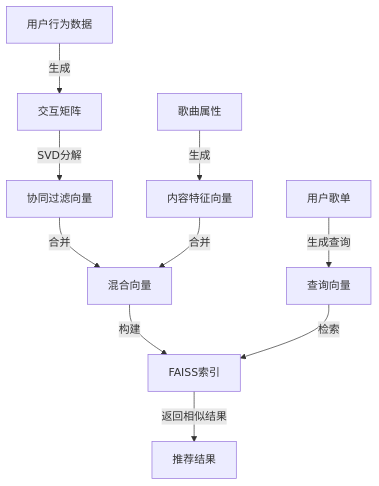
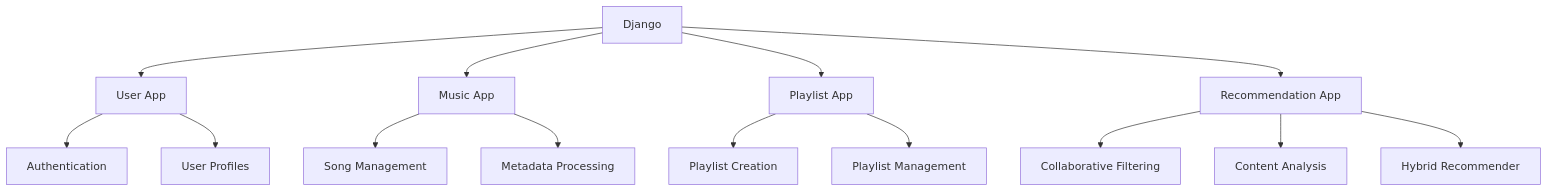
One commit to SOV710/RhythmFusion changed the fourth of 10 diagrams in docs/architecture.md. Above: the diagram before and after it, drawn with Mermaid. The commit also changed other lines of this file and 5 other files, not shown here.

````diff
--- a/docs/architecture.md
+++ b/docs/architecture.md
@@ -79,12 +114,20 @@
 ```mermaid
 graph TD
-    UserLikes[用户行为数据] -->|生成| InteractionMatrix[交互矩阵]
-    InteractionMatrix -->|SVD分解| CF[协同过滤向量]
-    SongAttributes[歌曲属性] -->|生成| Content[内容特征向量]
-    CF -->|合并| Hybrid[混合向量]
-    Content -->|合并| Hybrid
-    Hybrid -->|构建| FaissIndex[FAISS索引]
-    UserPlaylist[用户歌单] -->|生成查询| QueryVector[查询向量]
-    QueryVector -->|检索| FaissIndex
-    FaissIndex -->|返回相似结果| RecommendResults[推荐结果]
+    Django --> User[User App]
+    Django --> Music[Music App]
+    Django --> Playlist[Playlist App]
+    Django --> Recommender[Recommendation App]
+  
+    User --> Auth[Authentication]
+    User --> Profiles[User Profiles]
+  
+    Music --> Songs[Song Management]
+    Music --> Metadata[Metadata Processing]
+  
+    Playlist --> Creator[Playlist Creation]
+    Playlist --> Management[Playlist Management]
+  
+    Recommender --> CF[Collaborative Filtering]
+    Recommender --> Content[Content Analysis]
+    Recommender --> Hybrid[Hybrid Recommender]
 ```
````
